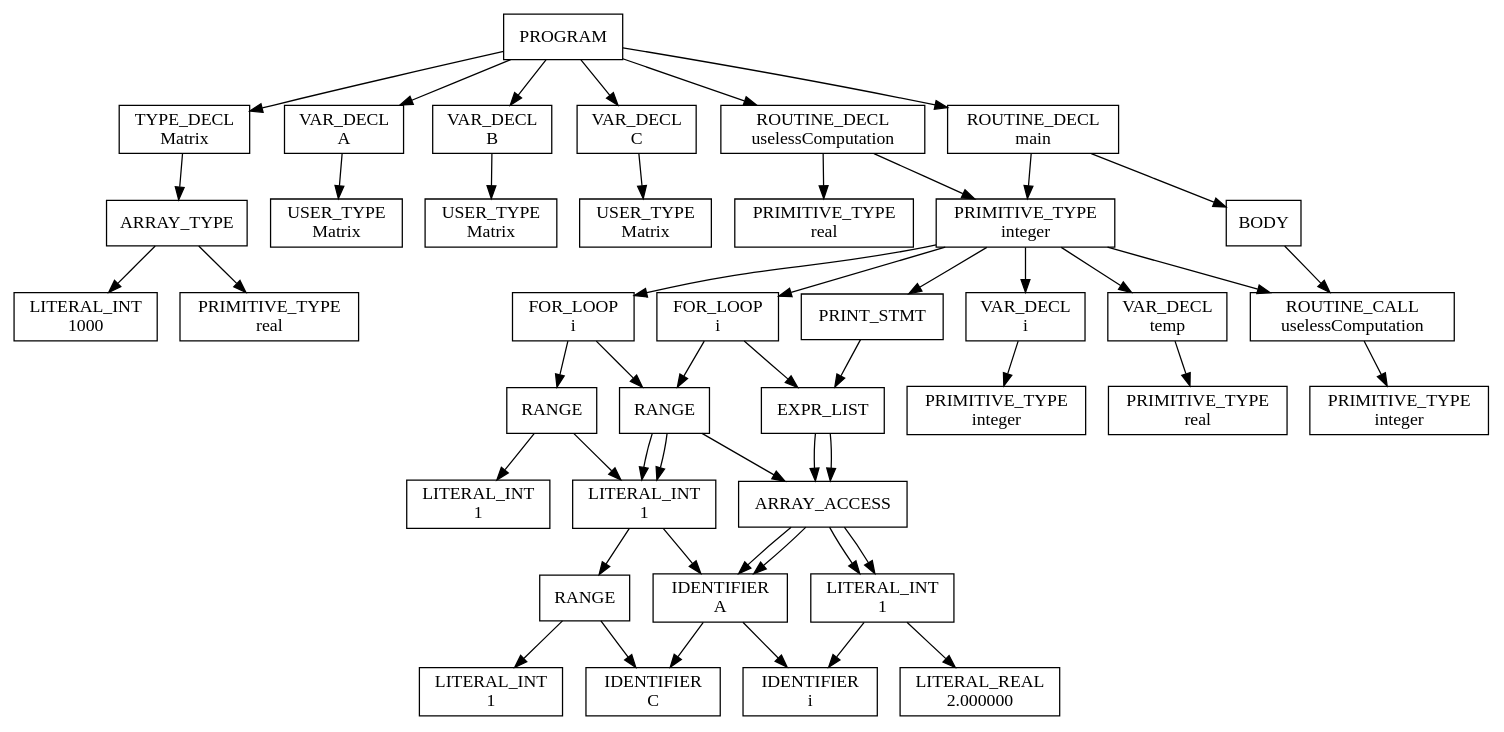
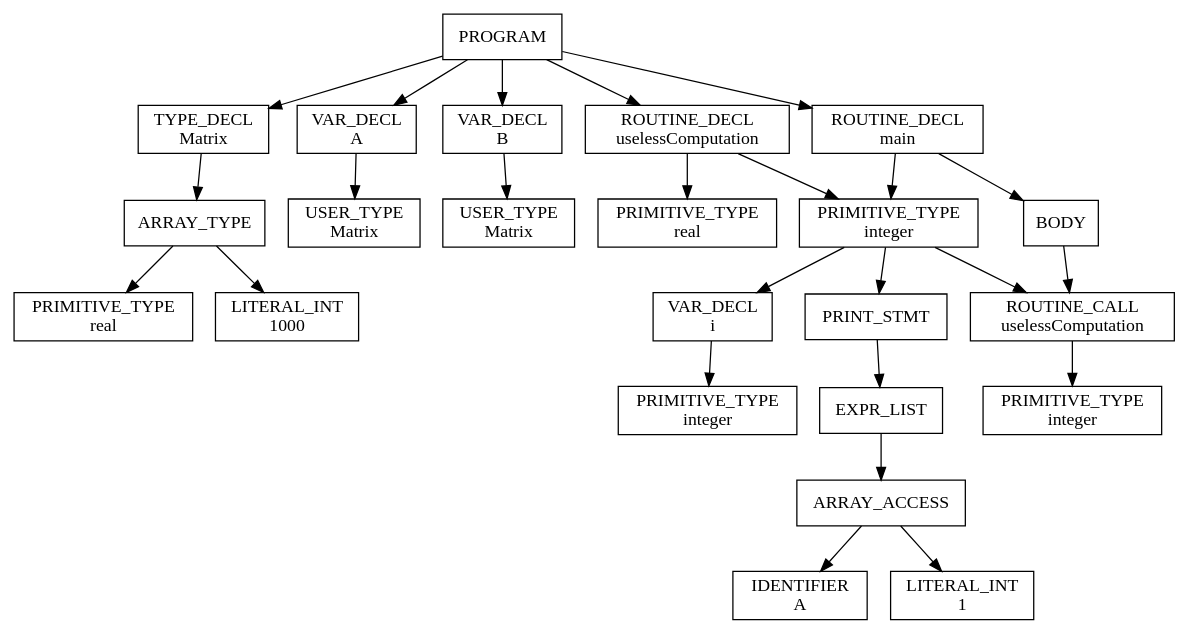
Before and after one commit to Sizye/Main-project: the diagram in semantics_nightmare/unused_var/dead_store.txt.dot, drawn with Graphviz. The commit also changed 1 other file, not shown here.

```diff
--- a/semantics_nightmare/unused_var/dead_store.txt.dot
+++ b/semantics_nightmare/unused_var/dead_store.txt.dot
@@ -1,104 +1,52 @@
 digraph AST {
   node [shape=box];
   n0 [label="PROGRAM"];
   n0 -> n1;
   n1 [label="TYPE_DECL\nMatrix"];
   n1 -> n2;
   n2 [label="ARRAY_TYPE"];
   n2 -> n3;
   n3 [label="LITERAL_INT\n1000"];
   n2 -> n1003;
   n1003 [label="PRIMITIVE_TYPE\nreal"];
   n0 -> n1001;
   n1001 [label="VAR_DECL\nA"];
   n1001 -> n1002;
   n1002 [label="USER_TYPE\nMatrix"];
   n0 -> n2001;
   n2001 [label="VAR_DECL\nB"];
   n2001 -> n2002;
   n2002 [label="USER_TYPE\nMatrix"];
   n0 -> n3001;
-  n3001 [label="VAR_DECL\nC"];
+  n3001 [label="ROUTINE_DECL\nuselessComputation"];
   n3001 -> n3002;
-  n3002 [label="USER_TYPE\nMatrix"];
+  n3002 [label="PRIMITIVE_TYPE\nreal"];
+  n3001 -> n4002;
+  n4002 [label="BODY"];
+  n4002 -> n4003;
+  n4003 [label="VAR_DECL\ni"];
+  n4003 -> n4004;
+  n4004 [label="PRIMITIVE_TYPE\ninteger"];
+  n4002 -> n5003;
+  n5003 [label="VAR_DECL\nj"];
+  n5003 -> n5004;
+  n5004 [label="PRIMITIVE_TYPE\ninteger"];
+  n4002 -> n6003;
+  n6003 [label="PRINT_STMT"];
+  n6003 -> n6004;
+  n6004 [label="EXPR_LIST"];
+  n6004 -> n6005;
+  n6005 [label="ARRAY_ACCESS"];
+  n6005 -> n6006;
+  n6006 [label="IDENTIFIER\nA"];
+  n6005 -> n7006;
+  n7006 [label="LITERAL_INT\n1"];
   n0 -> n4001;
-  n4001 [label="ROUTINE_DECL\nuselessComputation"];
+  n4001 [label="ROUTINE_DECL\nmain"];
   n4001 -> n4002;
-  n4002 [label="PRIMITIVE_TYPE\nreal"];
+  n4002 [label="PRIMITIVE_TYPE\ninteger"];
   n4001 -> n5002;
   n5002 [label="BODY"];
   n5002 -> n5003;
-  n5003 [label="VAR_DECL\ni"];
-  n5003 -> n5004;
-  n5004 [label="PRIMITIVE_TYPE\ninteger"];
-  n5002 -> n6003;
-  n6003 [label="VAR_DECL\nj"];
-  n6003 -> n6004;
-  n6004 [label="PRIMITIVE_TYPE\ninteger"];
-  n5002 -> n7003;
-  n7003 [label="VAR_DECL\ntemp"];
-  n7003 -> n7004;
-  n7004 [label="PRIMITIVE_TYPE\nreal"];
-  n5002 -> n8003;
-  n8003 [label="FOR_LOOP\ni"];
-  n8003 -> n8004;
-  n8004 [label="RANGE"];
-  n8004 -> n8005;
-  n8005 [label="LITERAL_INT\n1"];
-  n8004 -> n9005;
-  n9005 [label="LITERAL_INT\n999"];
-  n8003 -> n9004;
-  n9004 [label="BODY"];
-  n9004 -> n9005;
-  n9005 [label="FOR_LOOP\nj"];
-  n9005 -> n9006;
-  n9006 [label="RANGE"];
-  n9006 -> n9007;
-  n9007 [label="LITERAL_INT\n1"];
-  n9006 -> n10007;
-  n10007 [label="LITERAL_INT\n999"];
-  n9005 -> n10006;
-  n10006 [label="BODY"];
-  n5002 -> n9003;
-  n9003 [label="FOR_LOOP\ni"];
-  n9003 -> n9004;
-  n9004 [label="RANGE"];
-  n9004 -> n9005;
-  n9005 [label="LITERAL_INT\n1"];
-  n9004 -> n10005;
-  n10005 [label="LITERAL_INT\n999"];
-  n9003 -> n10004;
-  n10004 [label="BODY"];
-  n10004 -> n10005;
-  n10005 [label="ASSIGNMENT"];
-  n10005 -> n10006;
-  n10006 [label="ARRAY_ACCESS"];
-  n10006 -> n10007;
-  n10007 [label="IDENTIFIER\nC"];
-  n10006 -> n11007;
-  n11007 [label="IDENTIFIER\ni"];
-  n10005 -> n11006;
-  n11006 [label="BINARY_OP\n*"];
-  n11006 -> n11007;
-  n11007 [label="IDENTIFIER\ni"];
-  n11006 -> n12007;
-  n12007 [label="LITERAL_REAL\n2.000000"];
-  n5002 -> n10003;
-  n10003 [label="PRINT_STMT"];
-  n10003 -> n10004;
-  n10004 [label="EXPR_LIST"];
-  n10004 -> n10005;
-  n10005 [label="ARRAY_ACCESS"];
-  n10005 -> n10006;
-  n10006 [label="IDENTIFIER\nA"];
-  n10005 -> n11006;
-  n11006 [label="LITERAL_INT\n1"];
-  n0 -> n5001;
-  n5001 [label="ROUTINE_DECL\nmain"];
-  n5001 -> n5002;
-  n5002 [label="PRIMITIVE_TYPE\ninteger"];
-  n5001 -> n6002;
-  n6002 [label="BODY"];
-  n6002 -> n6003;
-  n6003 [label="ROUTINE_CALL\nuselessComputation"];
+  n5003 [label="ROUTINE_CALL\nuselessComputation"];
 }
```
